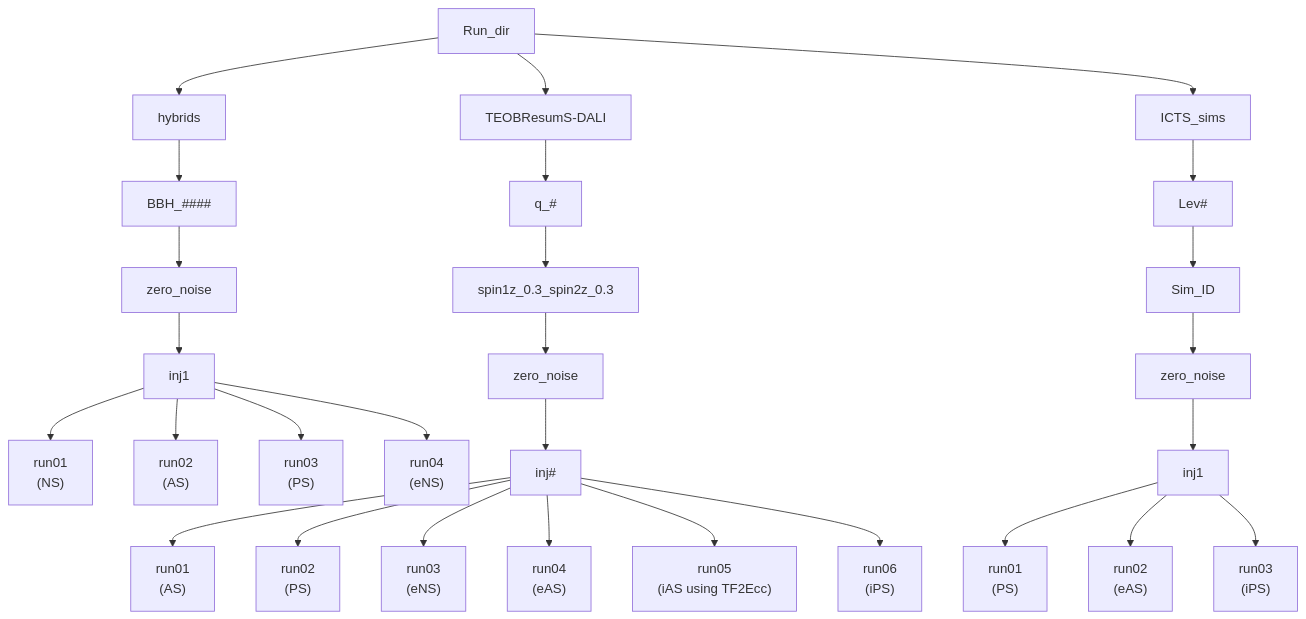
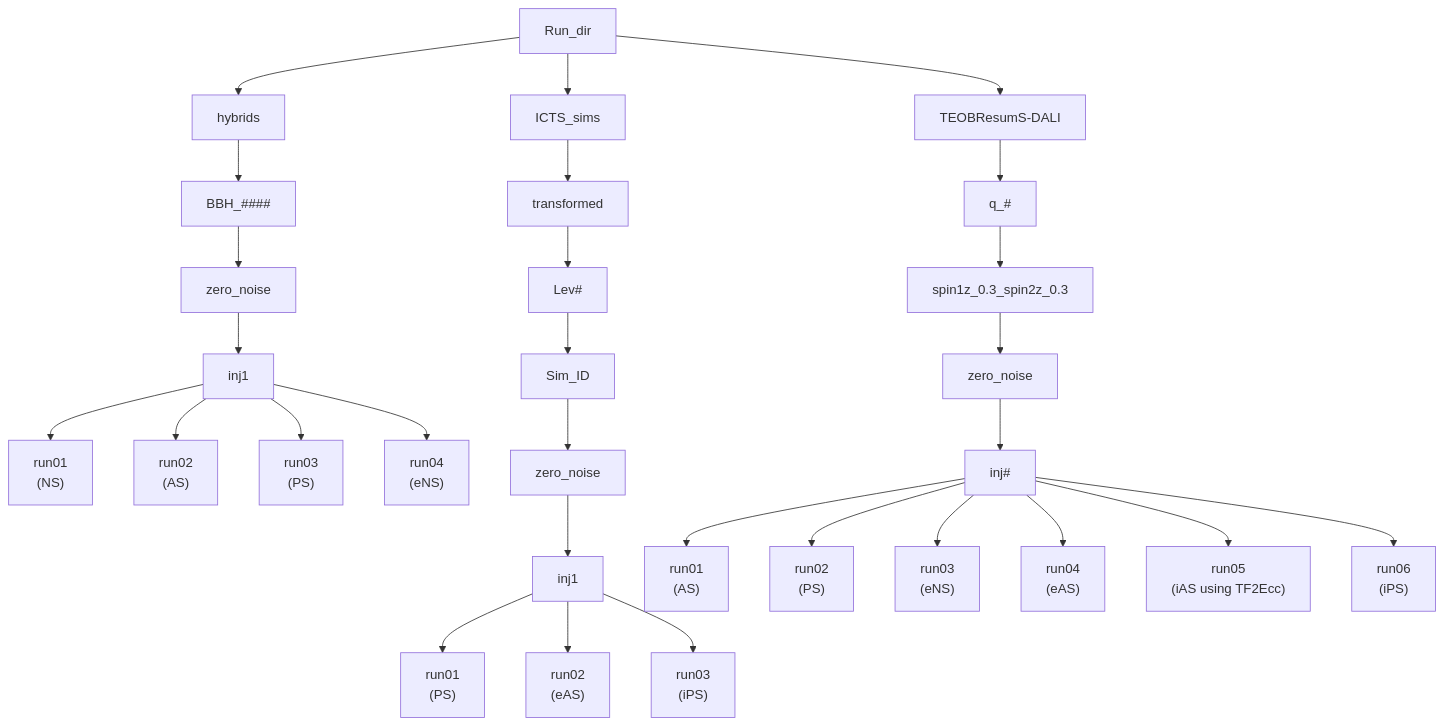
One commit to divyajyoti09/eccentric_pe changed the diagram in README.md. Above: the diagram before and after it, drawn with Mermaid.

````diff
--- a/README.md
+++ b/README.md
@@ -18,22 +18,22 @@
 ```mermaid
 graph TD;
   Run_dir-->hybrids;
   Run_dir-->TEOBResumS-DALI;
   Run_dir-->ICTS_sims;
   hybrids-->BBH_####-->Hz[zero_noise]-->Hi[inj1]-->Hr1["run01 <br/> (NS)"]
   Hi[inj1]-->Hr2["run02 <br/> (AS)"];
   Hi[inj1]-->Hr3["run03 <br/> (PS)"];
   Hi[inj1]-->Hr4["run04 <br/> (eNS)"];
 
-  ICTS_sims-->Lev#-->Sim_ID-->Iz[zero_noise]-->Ii[inj1]-->Ir1["run01 <br/> (PS)"]
+  ICTS_sims-->transformed-->Lev#-->Sim_ID-->Iz[zero_noise]-->Ii[inj1]-->Ir1["run01 <br/> (PS)"]
   Ii[inj1]-->Ir2["run02 <br/> (eAS)"]
   Ii[inj1]-->Ir3["run03 <br/> (iPS)"]
 
   TEOBResumS-DALI-->q_#-->spin1z_0.3_spin2z_0.3-->Tz[zero_noise]-->Ti[inj#]
   Ti[inj#]-->Tr1["run01 <br/> (AS)"]
   Ti[inj#]-->Tr2["run02 <br/> (PS)"]
   Ti[inj#]-->Tr3["run03 <br/> (eNS)"]
   Ti[inj#]-->Tr4["run04 <br/> (eAS)"]
   Ti[inj#]-->Tr5["run05 <br/> (iAS using TF2Ecc)"]
   Ti[inj#]-->Tr6["run06 <br/> (iPS)"]
 ```
````
